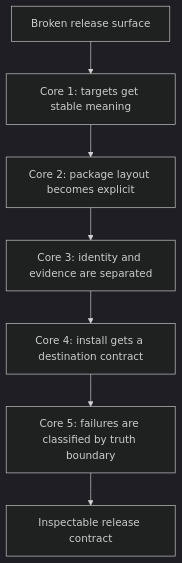
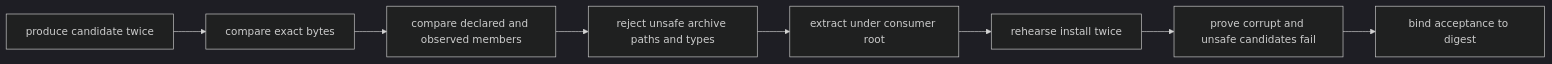
One commit to bijux/bijux-masterclass changed the second of 2 diagrams in programs/reproducible-research/deep-dive-make/course-book/module-08-release-engineering-artifact-contracts/worked-example-repairing-a-broken-release-surface.md. Above: the diagram before and after it, drawn with Mermaid (dark theme). The commit also changed other lines of this file, not shown here.

Commit message:
docs(make): make release acceptance executable

````diff
--- a/programs/reproducible-research/deep-dive-make/course-book/module-08-release-engineering-artifact-contracts/worked-example-repairing-a-broken-release-surface.md
+++ b/programs/reproducible-research/deep-dive-make/course-book/module-08-release-engineering-artifact-contracts/worked-example-repairing-a-broken-release-surface.md
@@ -340,9 +25,10 @@
 ```mermaid
-flowchart TD
-  drift["Broken release surface"] --> targets["Core 1: targets get stable meaning"]
-  targets --> layout["Core 2: package layout becomes explicit"]
-  layout --> evidence["Core 3: identity and evidence are separated"]
-  evidence --> install["Core 4: install gets a destination contract"]
-  install --> debug["Core 5: failures are classified by truth boundary"]
-  debug --> stable["Inspectable release contract"]
+flowchart LR
+  build["produce candidate twice"] --> identity["compare exact bytes"]
+  identity --> members["compare declared and observed members"]
+  members --> safety["reject unsafe archive paths and types"]
+  safety --> extract["extract under consumer root"]
+  extract --> install["rehearse install twice"]
+  install --> reject["prove corrupt and unsafe candidates fail"]
+  reject --> accept["bind acceptance to digest"]
 ```
````
